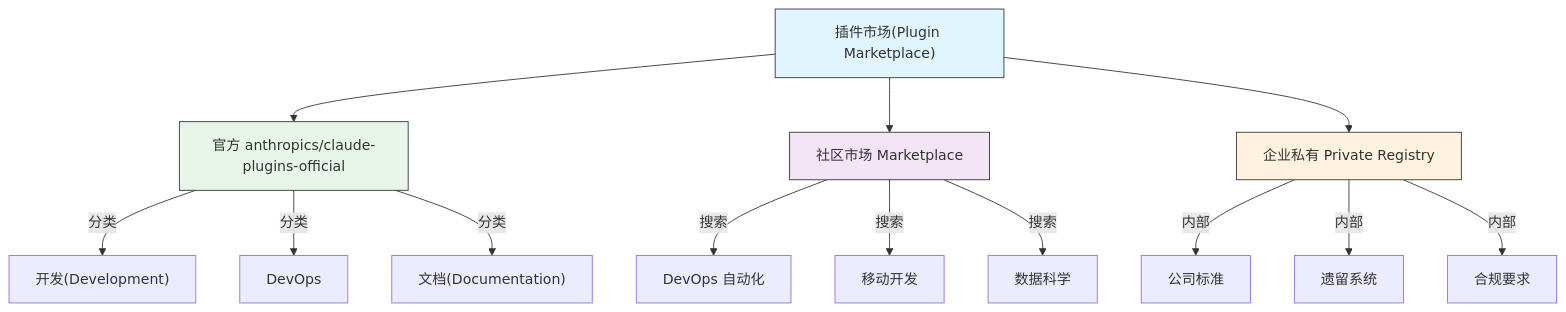
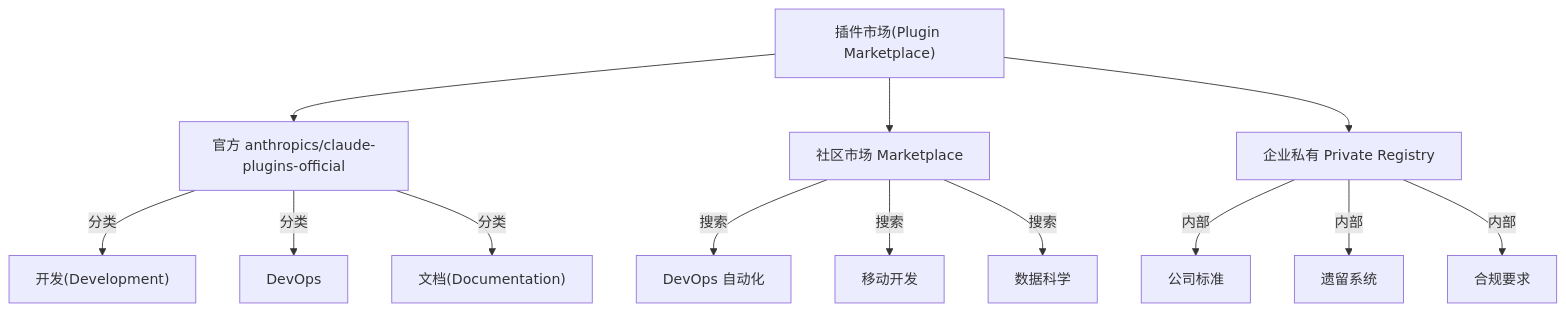
The third of 5 diagrams in claude-howto-zh/07-plugins/README.md (Rx782-Fss/claude-howto-zh), drawn with Mermaid before and after one commit. The commit also changed 9 other files, not shown here.

Commit message:
fix: 清除 Mermaid style 行(105处)和节点标签数字列表格式(17处)，修复 Obsidian/GitHub 'Unsupported markdown: list' 渲染错误

````diff
--- a/claude-howto-zh/07-plugins/README.md
+++ b/claude-howto-zh/07-plugins/README.md
@@ -421,28 +421,24 @@
 ```mermaid
 graph TB
     A["插件市场(Plugin Marketplace)"]
     B["官方 anthropics/claude-plugins-official"]
     C["社区市场 Marketplace"]
     D["企业私有 Private Registry"]
 
     A --> B
     A --> C
     A --> D
 
     B -->|分类| B1["开发(Development)"]
     B -->|分类| B2["DevOps"]
     B -->|分类| B3["文档(Documentation)"]
 
     C -->|搜索| C1["DevOps 自动化"]
     C -->|搜索| C2["移动开发"]
     C -->|搜索| C3["数据科学"]
 
     D -->|内部| D1["公司标准"]
     D -->|内部| D2["遗留系统"]
     D -->|内部| D3["合规要求"]
 
-    style A fill:#e1f5fe,stroke:#333,color:#333
-    style B fill:#e8f5e9,stroke:#333,color:#333
-    style C fill:#f3e5f5,stroke:#333,color:#333
-    style D fill:#fff3e0,stroke:#333,color:#333
 ```
````
